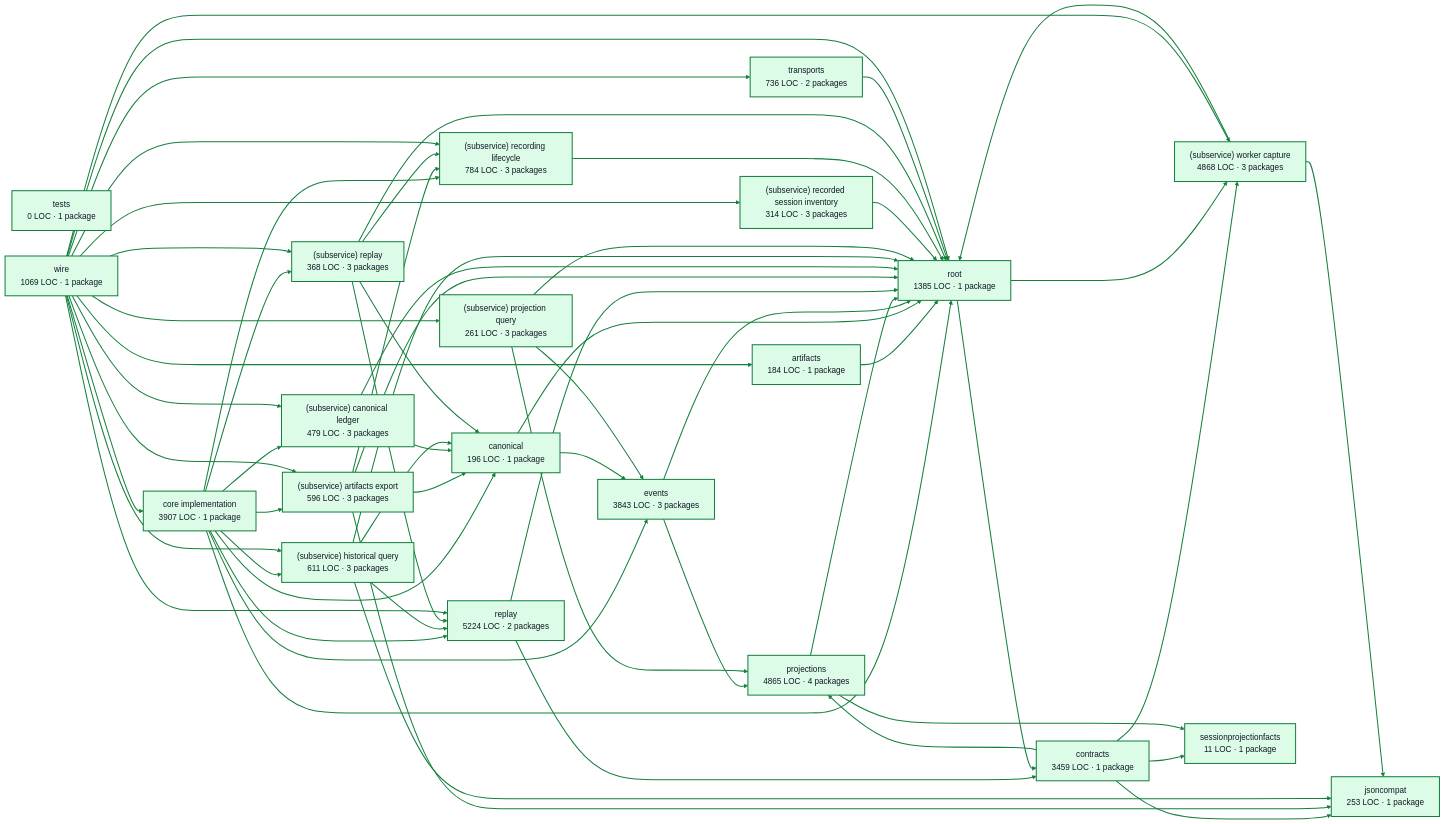
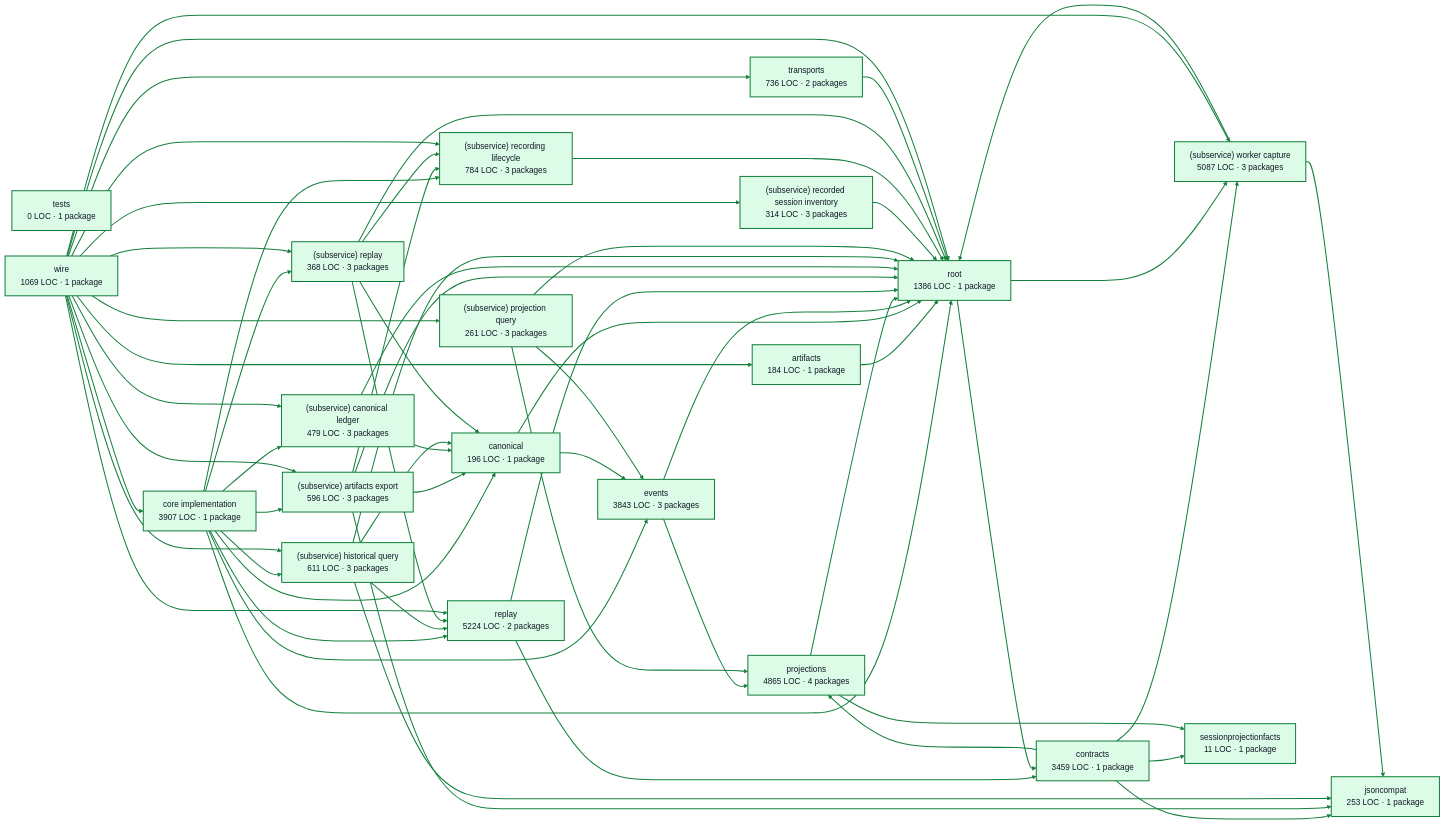
Before and after one commit to portpowered/you-agent-factory: the diagram in docs/architecture/visualizations/services/recordings.md, drawn with Mermaid. The commit also changed other lines of this file and 20 other files, not shown here.

Commit message:
docs: refresh backend architecture visualizations

```diff
--- a/docs/architecture/visualizations/services/recordings.md
+++ b/docs/architecture/visualizations/services/recordings.md
@@ -25,10 +25,10 @@
   p12["(subservice) recorded session inventory<br/>314 LOC · 3 packages"]
   p13["(subservice) recording lifecycle<br/>784 LOC · 3 packages"]
   p14["(subservice) replay<br/>368 LOC · 3 packages"]
-  p15["(subservice) worker capture<br/>4868 LOC · 3 packages"]
+  p15["(subservice) worker capture<br/>5087 LOC · 3 packages"]
   p16["sessionprojectionfacts<br/>11 LOC · 1 package"]
   p17["tests<br/>0 LOC · 1 package"]
-  p18["root<br/>1385 LOC · 1 package"]
+  p18["root<br/>1386 LOC · 1 package"]
   p19["transports<br/>736 LOC · 2 packages"]
   p20["wire<br/>1069 LOC · 1 package"]
   p0 --> p2
```
